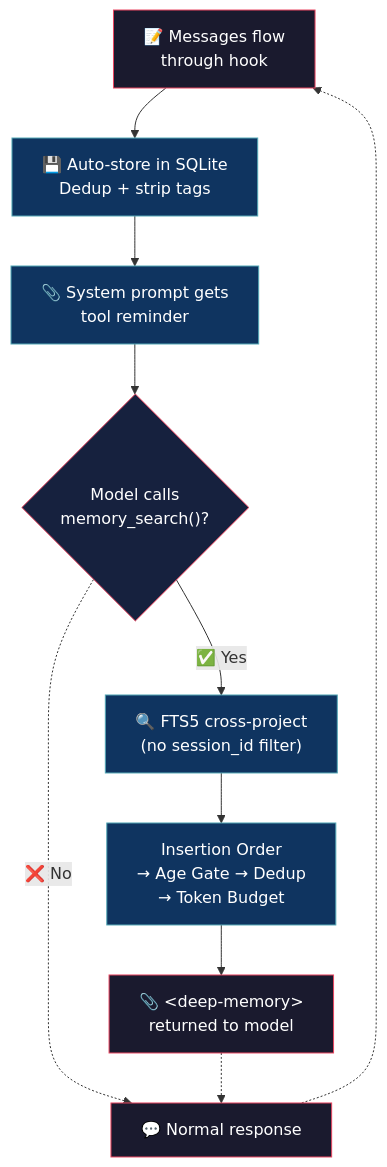
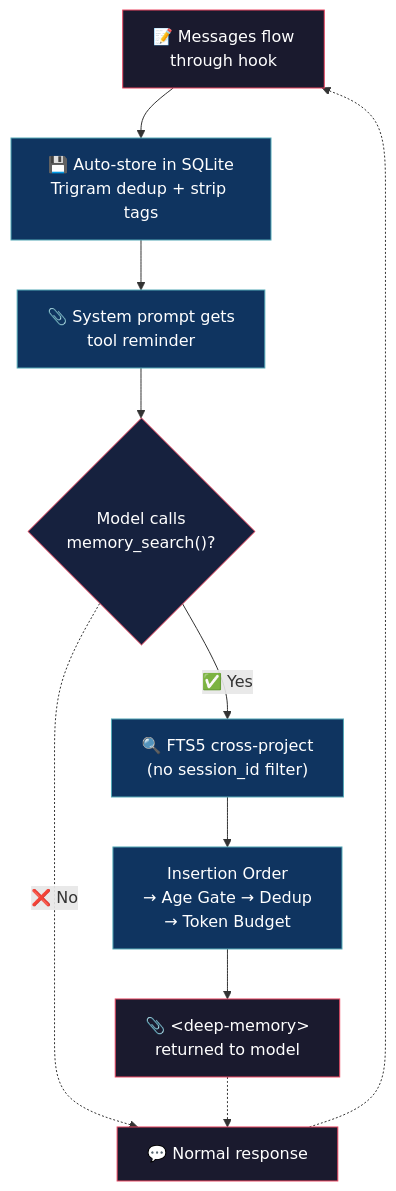
One commit to alejo54dev/opencode-deep-memory changed the diagram in README.md. Above: the diagram before and after it, drawn with Mermaid. The commit also changed other lines of this file, not shown here.

Commit message:
Update README.md: version 1.1.18, trigram dedup docs

````diff
--- a/README.md
+++ b/README.md
@@ -32,23 +32,23 @@
 ```mermaid
 flowchart TD
     A["📝 Messages flow<br/>through hook"]
-    A --> B["💾 Auto-store in SQLite<br/>Dedup + strip tags"]
+    A --> B["💾 Auto-store in SQLite<br/>Trigram dedup + strip tags"]
     B --> C["📎 System prompt gets<br/>tool reminder"]
 
     C --> D{"Model calls<br/>memory_search()?"}
     D -->|"✅ Yes"| E["🔍 FTS5 cross-project<br/>(no session_id filter)"]
     E --> F["Insertion Order<br/>→ Age Gate → Dedup<br/>→ Token Budget"]
     F --> G["📎 &lt;deep-memory&gt;<br/>returned to model"]
     D -.->|"❌ No"| H["💬 Normal response"]
     G -.-> H
     H -.-> A
 
     style A fill:#1a1a2e,stroke:#e94560,color:#fff
     style B fill:#0f3460,stroke:#53a8b6,color:#fff
     style C fill:#0f3460,stroke:#53a8b6,color:#fff
     style D fill:#16213e,stroke:#e94560,color:#fff
     style E fill:#0f3460,stroke:#53a8b6,color:#fff
     style F fill:#0f3460,stroke:#53a8b6,color:#fff
     style G fill:#1a1a2e,stroke:#e94560,color:#fff
     style H fill:#1a1a2e,stroke:#e94560,color:#fff
 ```
````
